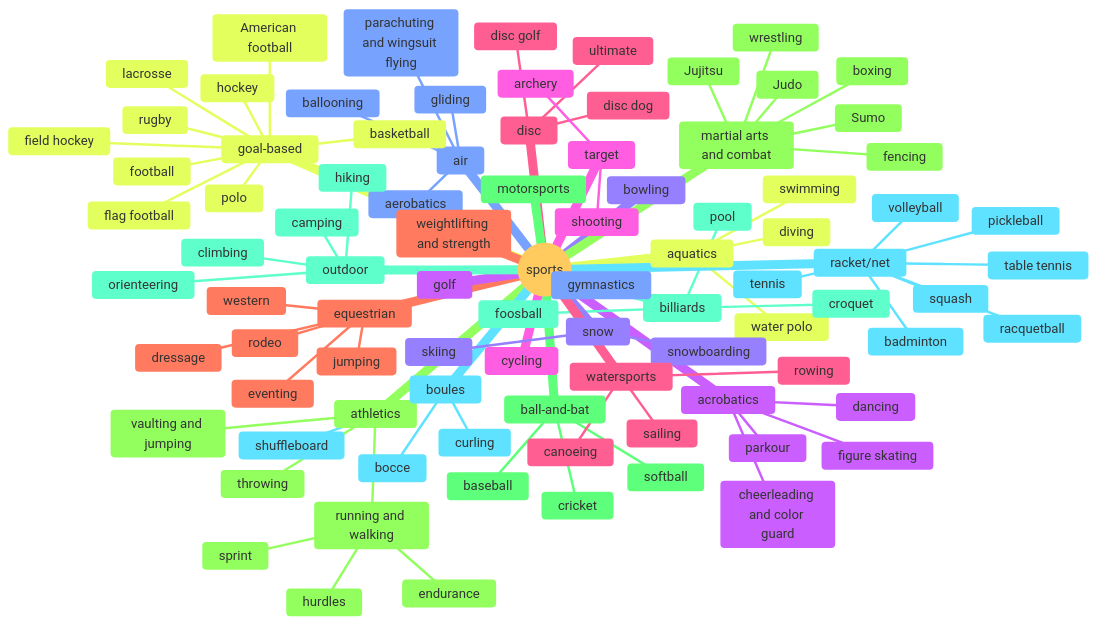
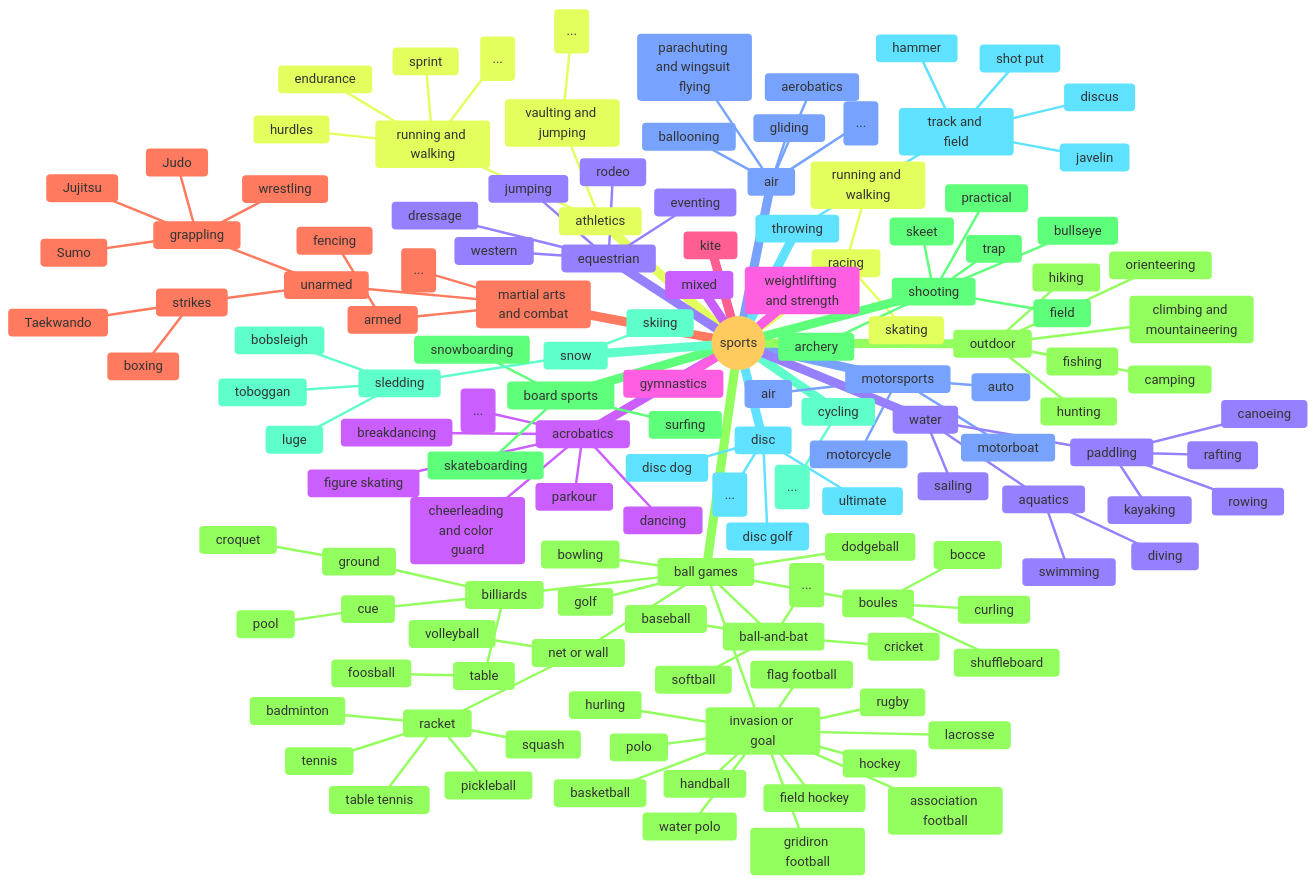
Before and after one commit to nimbinatus/taxonomy: the ninth of 18 diagrams in docs/full_taxonomy.md, drawn with Mermaid. The commit also changed other lines of this file, not shown here.

Commit message:
feat(all): more more more

````diff
--- a/docs/full_taxonomy.md
+++ b/docs/full_taxonomy.md
@@ -301,92 +364,143 @@
 mindmap
     root((sports))
         acrobatics
+            breakdancing
             cheerleading and color guard
             dancing
             figure skating
             parkour
+            id(...)
         air
             aerobatics
             ballooning
             gliding
             parachuting and wingsuit flying
-        aquatics
-            diving
-            swimming
-            water polo
+            id(...)
         athletics
             running and walking
                 endurance
                 hurdles
                 sprint
-            throwing
+                id(...)
             vaulting and jumping
-        ball-and-bat
-            baseball
-            cricket
-            softball
-        billiards
-            croquet
-            foosball
-            pool
-        boules
-            bocce
-            curling
-            shuffleboard
-        bowling
+                id(...)
+        ball games
+            ball-and-bat
+                baseball
+                cricket
+                softball
+                id(...)
+            billiards
+                cue
+                    pool
+                ground
+                    croquet
+                table
+                    foosball
+            boules
+                bocce
+                curling
+                shuffleboard
+            bowling
+            dodgeball
+            golf
+            invasion or goal
+                association football
+                basketball
+                field hockey
+                flag football
+                gridiron football
+                handball
+                hockey
+                hurling
+                lacrosse
+                polo
+                rugby
+                water polo
+            net or wall
+                racket
+                    badminton
+                    pickleball
+                    squash
+                    table tennis
+                    tennis
+                volleyball
+        board sports
+            skateboarding
+            snowboarding
+            surfing
         cycling
+            id(...)
         disc
             disc dog
             disc golf
             ultimate
+            id(...)
         equestrian
             dressage
             eventing
             jumping
             rodeo
             western
-        golf
         gymnastics
-        goal-based
-            American football
-            basketball
-            field hockey
-            flag football
-            football <US: soccer>
-            hockey
-            lacrosse
-            polo
-            rugby
+        kite
         martial arts and combat
-            boxing
-            fencing
-            Jujitsu
-            Judo
-            Sumo
-            wrestling
+            armed
+                fencing
+            unarmed
+                strikes
+                    boxing
+                    Taekwando
+                grappling
+                    Jujitsu
+                    Judo
+                    Sumo
+                    wrestling
+            id(...)
+        mixed
         motorsports
+            air
+            auto
+            motorboat
+            motorcycle
+        racing
+            running and walking
+            skating
         outdoor
             camping
-            climbing
+            climbing and mountaineering
+            fishing
             hiking
+            hunting
             orienteering
-        racket/net
-            badminton
-            pickleball
-            racquetball
-            squash
-            table tennis
-            tennis
-            volleyball
+        shooting
+            archery
+            bullseye
+            field
+            practical
+            skeet
+            trap
         snow
             skiing
-            snowboarding
-        target
-            archery
-            shooting
-        watersports
-            canoeing
-            rowing
+            sledding
+                bobsleigh
+                luge
+                toboggan
+        throwing
+            track and field
+                discus
+                hammer
+                javelin
+                shot put
+        water
+            aquatics
+                diving
+                swimming
+            paddling
+                canoeing
+                kayaking
+                rafting
+                rowing
             sailing
         weightlifting and strength
 ```
````
